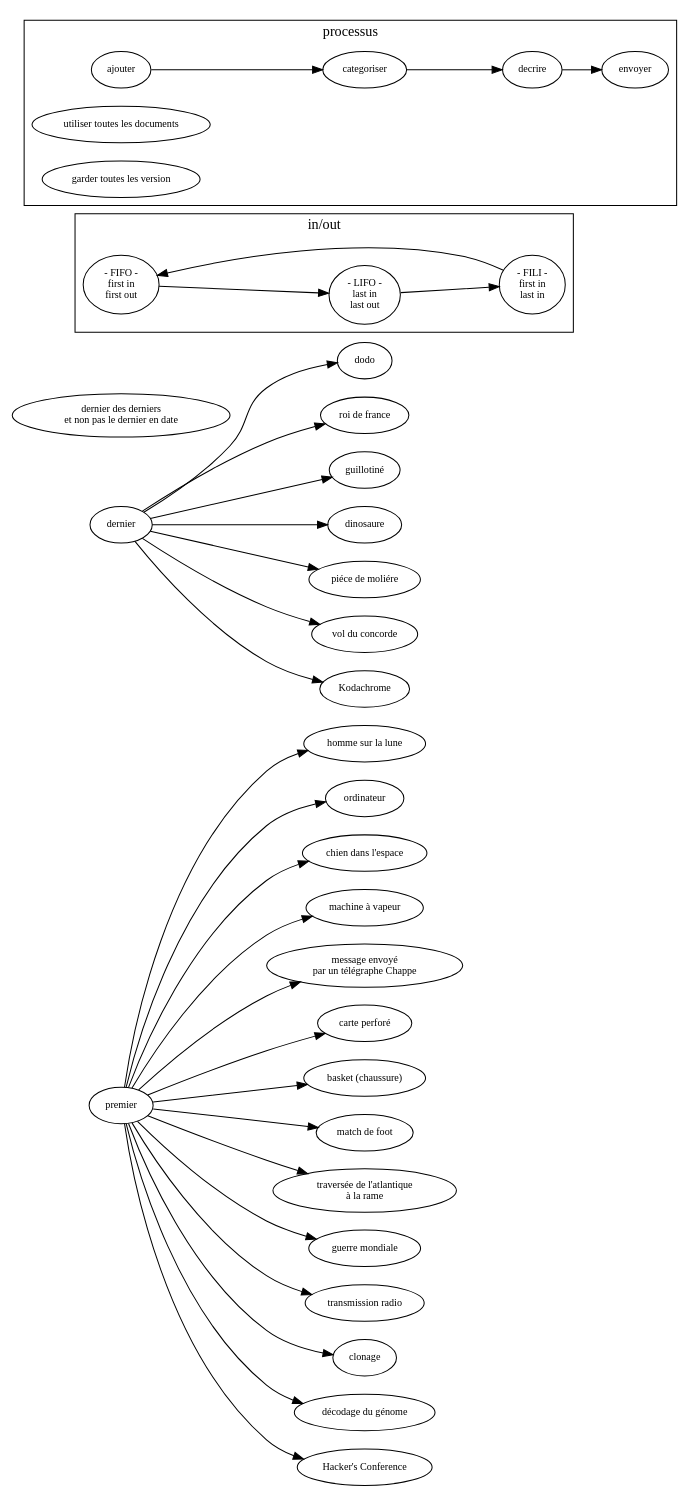
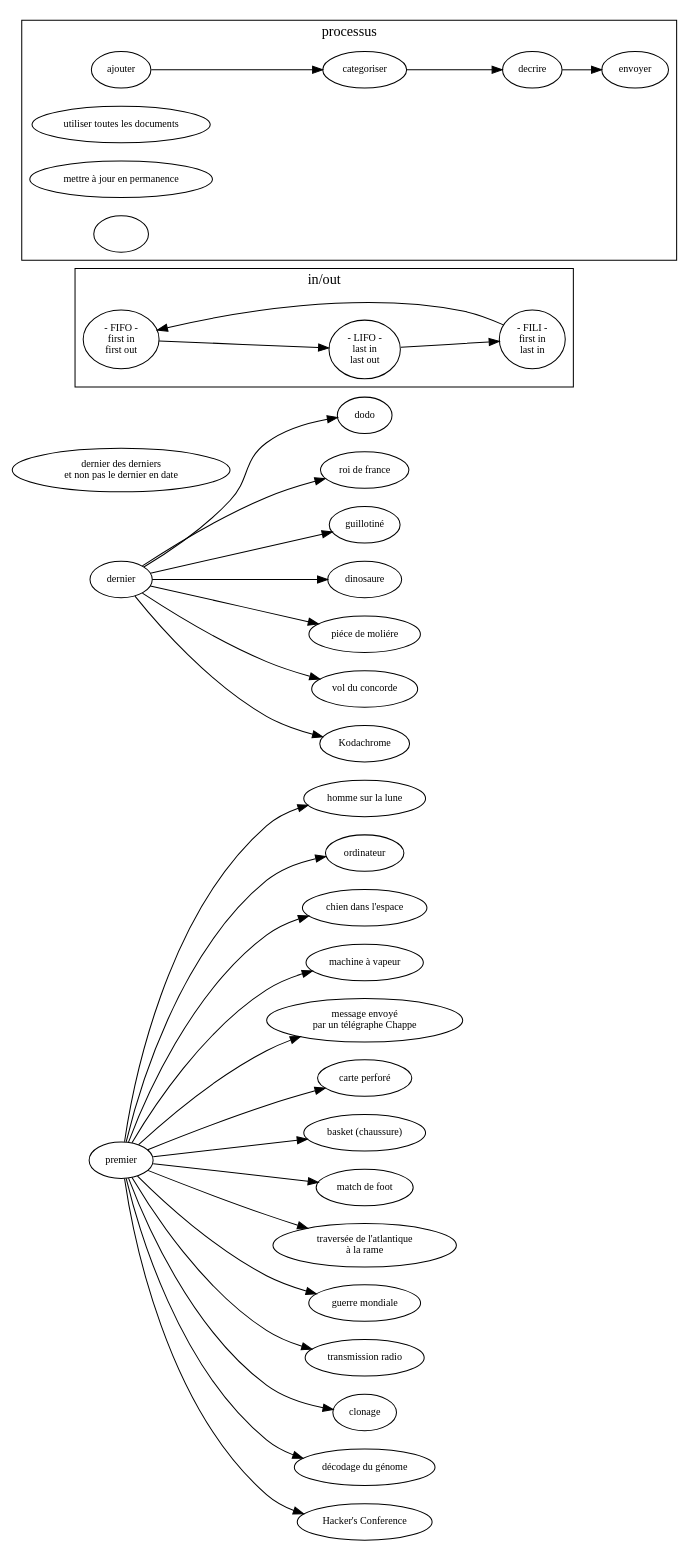
The diagram in sujet.dot (ensad-nancy/first-last), drawn with Graphviz before and after one commit.

Commit message:
+		"mettre à jour en permanence" +		""

```diff
--- a/sujet.dot
+++ b/sujet.dot
@@ -1,67 +1,67 @@
 digraph {
 
 	layout= "dot"
 	
 
 	fontname="myriadpro"
 	fontsize = 14
 	rankdir="LR"
 	
 	
 	node [fontname="myriadpro", fontsize = 10]
 	edge [fontname="monaco", fontsize = 9]
 	
 	first [label="premier"]
 	last [label="dernier"]
 	
 	"dernier des derniers\n et non pas le dernier en date" 
 
 	first -> "homme sur la lune"
 	first -> "ordinateur"
 	first -> "chien dans l'espace"
 	first -> "machine à vapeur"
 	first -> "message envoyé\npar un télégraphe Chappe"
 	first -> "carte perforé"
 	first -> "basket (chaussure)"
 	first -> "match de foot"
 	first -> "traversée de l'atlantique\nà la rame"
 	first -> "guerre mondiale"
 	first -> "transmission radio"
 	first -> "clonage"
 	first -> "décodage du génome"
 	first -> "Hacker's Conference"
 	
 	last -> dodo
 	last -> "roi de france"
 	last -> "guillotiné"
 	last -> "dinosaure"
 	last -> "piéce de moliére"
 	last -> "vol du concorde"
 	last -> "Kodachrome"
 
 	subgraph cluster_FO{
 	
 		label="in/out"
 		
 		FIFO [label="- FIFO -\nfirst in\nfirst out"]
 		LIFO [label="- LIFO -\nlast in\nlast out"]
 		FILI [label="- FILI -\nfirst in\n last in"]
 
 		FILI -> FIFO -> LIFO -> FILI
 	}
 	
 	subgraph cluster_process {
 		
 		label="processus"
 		
 		//get [label="récolter"]
 		
 		ajouter -> categoriser -> decrire -> envoyer
 		
 		"utiliser toutes les documents"
-		"garder toutes les version"
-		
+		"mettre à jour en permanence"
+		""
 	
 	}
 	
 }
```
